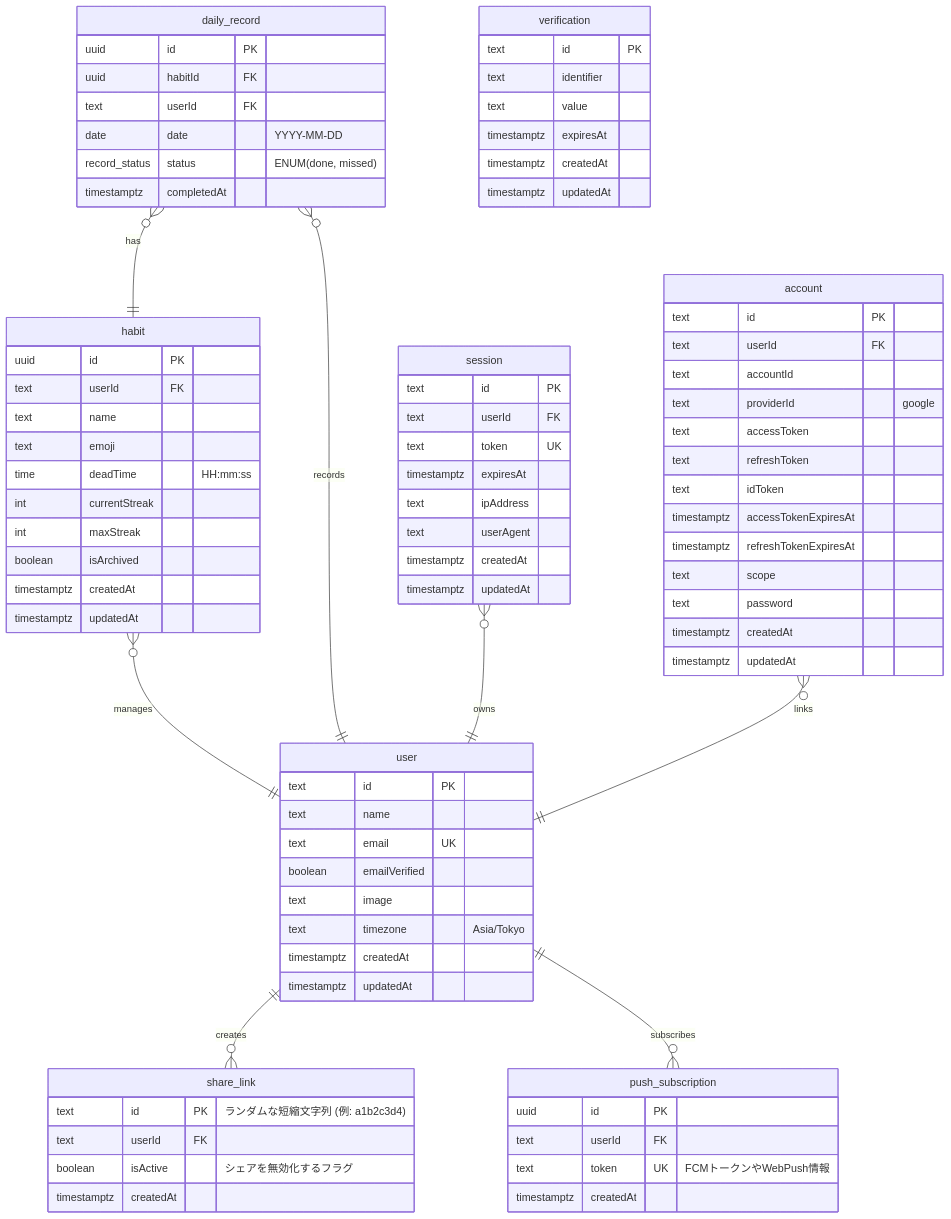
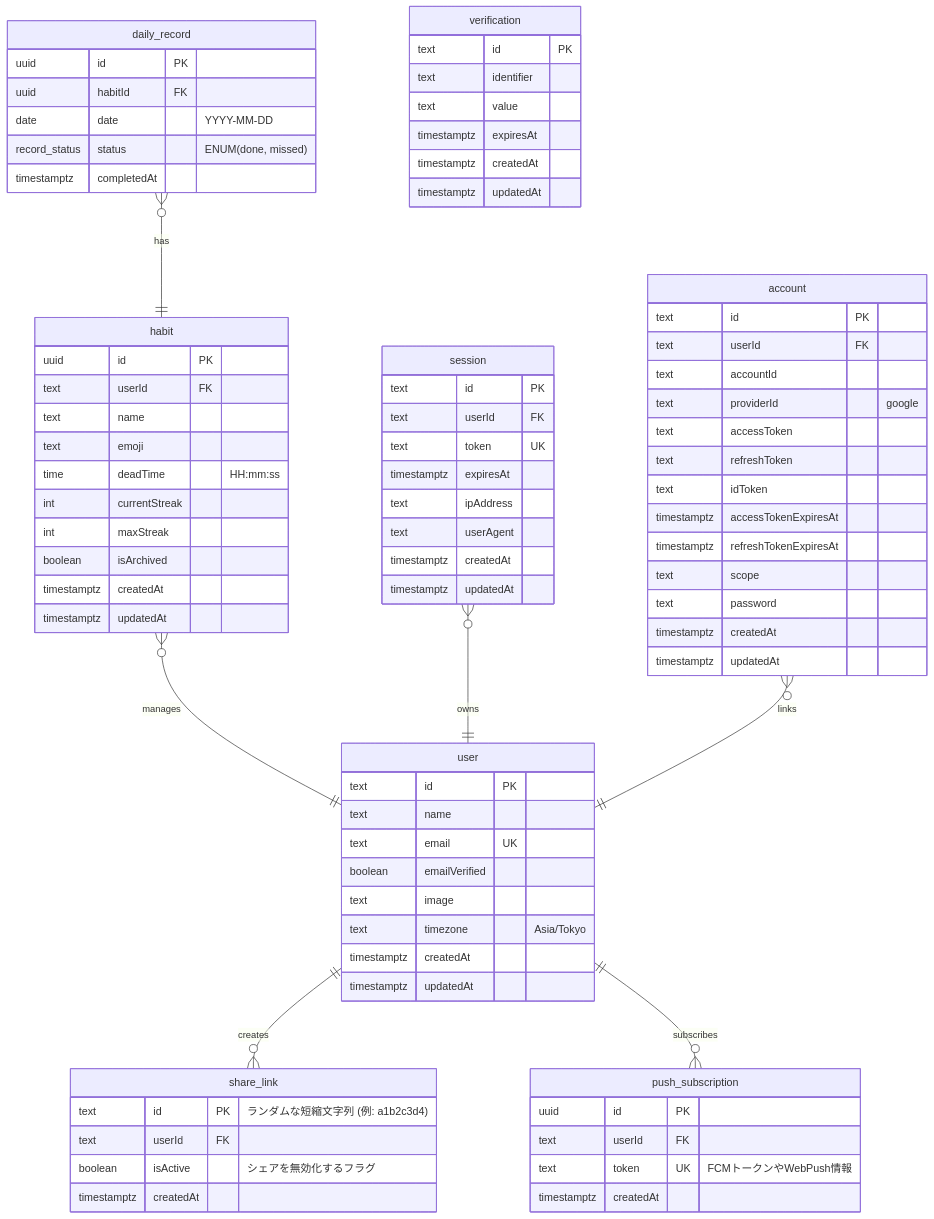
Before and after one commit to devegoma/dailygreen: the diagram in docs/db.md, drawn with Mermaid. The commit also changed other lines of this file and 4 other files, not shown here.

First line of the commit message:
fix(db): review comments - use timestamptz and normalize daily_record

```diff
--- a/docs/db.md
+++ b/docs/db.md
@@ -11,7 +11,6 @@
     direction TB
     daily_record }o--|| habit : "has"
     habit }o--|| user : "manages"
-    daily_record }o--|| user : "records"
     session }o--|| user : "owns"
     account }o--|| user : "links"
     user ||--o{ share_link : "creates"
@@ -20,7 +19,6 @@
     daily_record {
         uuid id PK
         uuid habitId FK
-        text userId FK
         date date "YYYY-MM-DD"
         record_status status "ENUM(done, missed)"
         timestamptz completedAt
```
